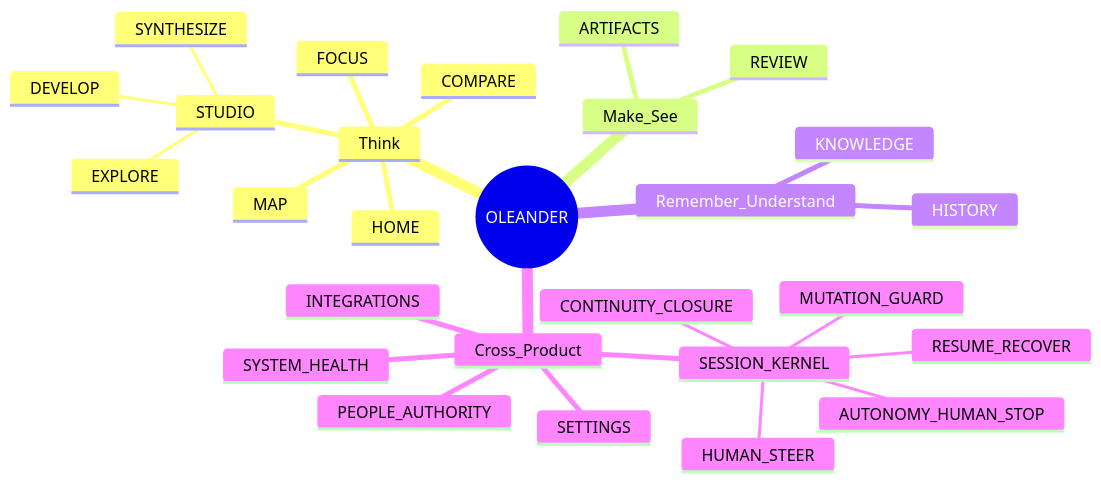
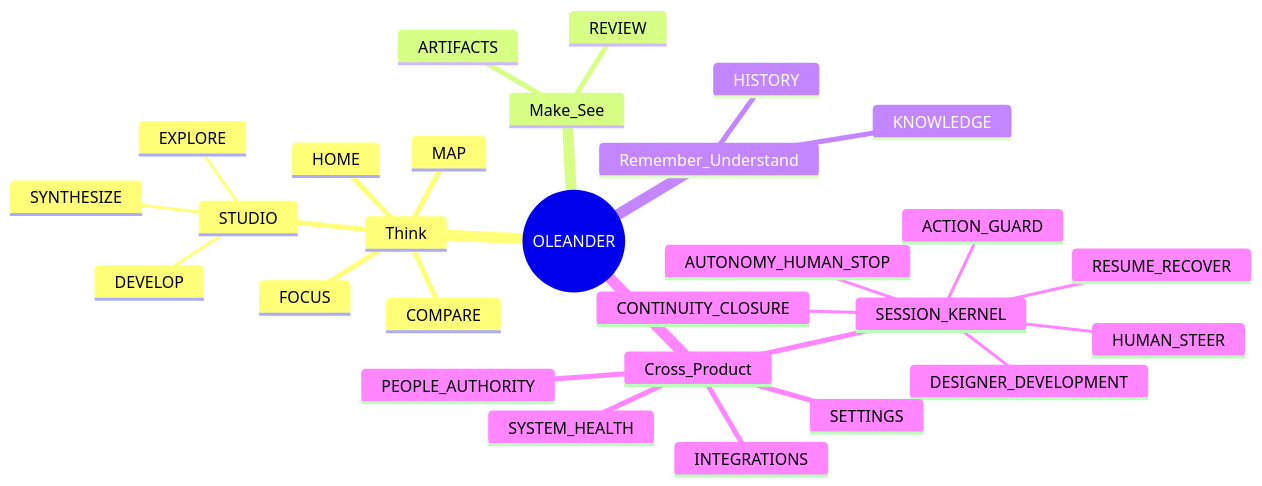
Before and after one commit to Jiaosong/Design: the second of 4 diagrams in product-docs/v0.3/nodes/README.md, drawn with Mermaid. The commit also changed other lines of this file and 71 other files, not shown here.

````diff
--- a/product-docs/v0.3/nodes/README.md
+++ b/product-docs/v0.3/nodes/README.md
@@ -31,30 +31,31 @@
 ```mermaid
 mindmap
   root((OLEANDER))
     Think
       HOME
       FOCUS
       STUDIO
         EXPLORE
         DEVELOP
         SYNTHESIZE
       COMPARE
       MAP
     Make_See
       ARTIFACTS
       REVIEW
     Remember_Understand
       KNOWLEDGE
       HISTORY
     Cross_Product
       SESSION_KERNEL
         RESUME_RECOVER
         HUMAN_STEER
         AUTONOMY_HUMAN_STOP
-        MUTATION_GUARD
+        ACTION_GUARD
         CONTINUITY_CLOSURE
+        DESIGNER_DEVELOPMENT
       PEOPLE_AUTHORITY
       INTEGRATIONS
       SETTINGS
       SYSTEM_HEALTH
 ```
````
